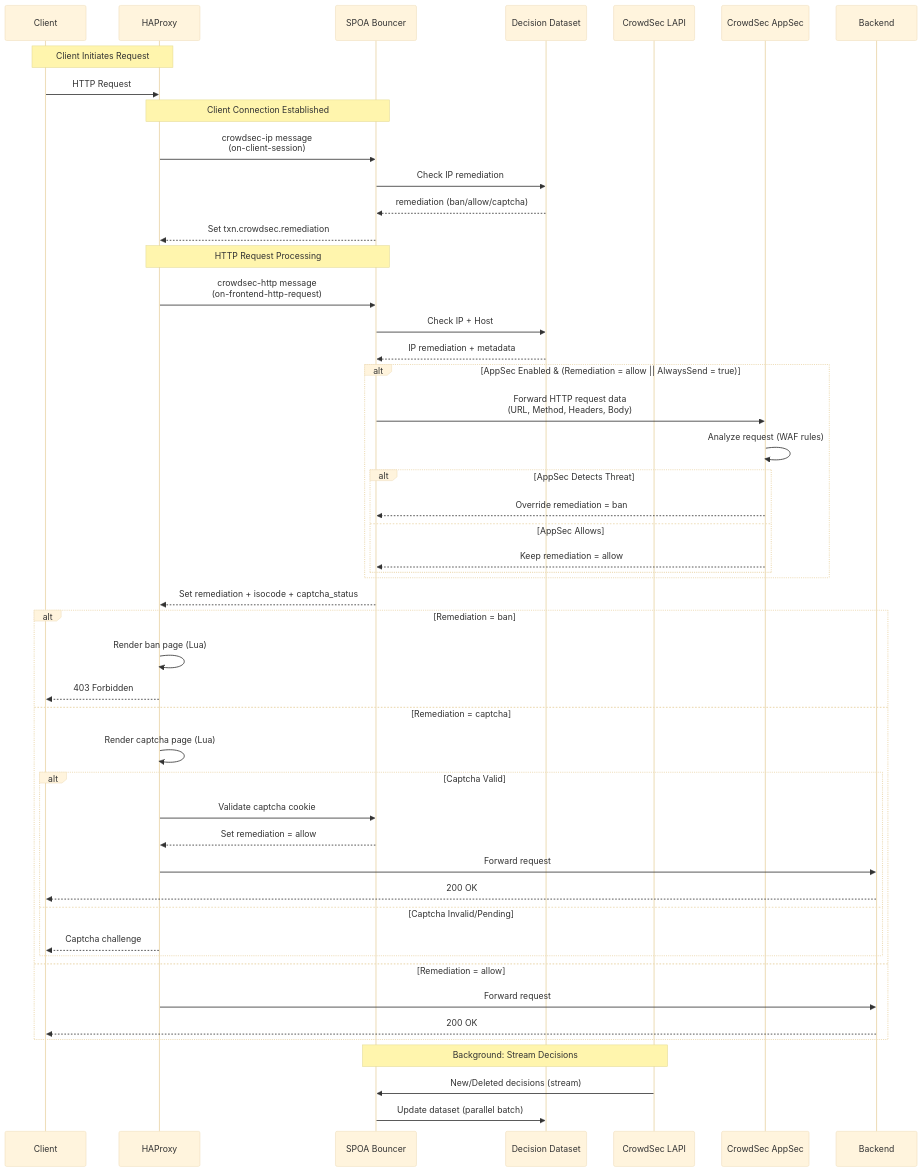
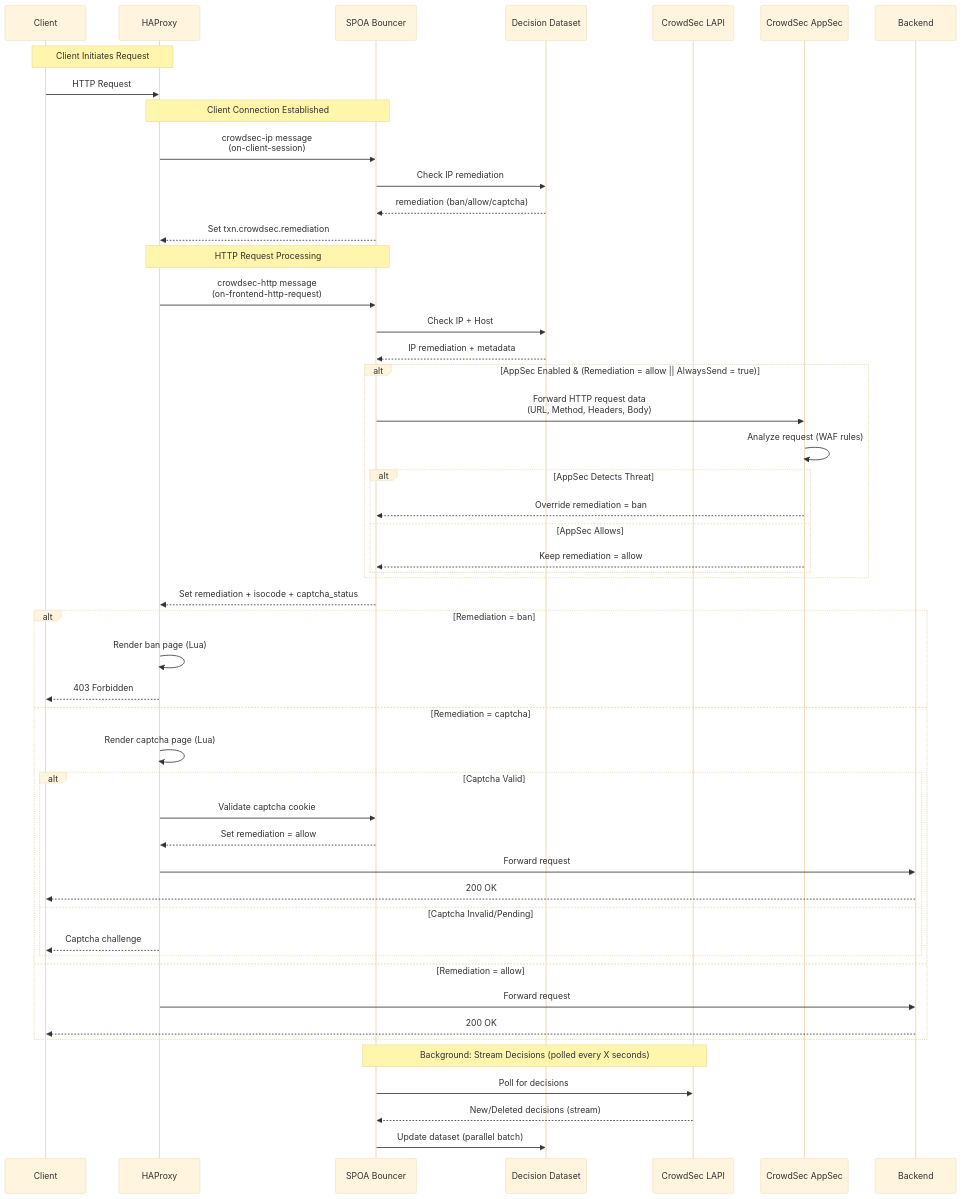
Before and after one commit to crowdsecurity/cs-haproxy-spoa-bouncer: the diagram in README.md, drawn with Mermaid (base theme).

Commit message:
docs: clarify SPOA polling mechanism in flow diagram
- Show SPOA actively polling LAPI every X seconds
- Update note to reflect polling behavior

````diff
--- a/README.md
+++ b/README.md
@@ -22,58 +22,59 @@
 ```mermaid
 sequenceDiagram
     participant Client
     participant HAProxy
     participant SPOA as SPOA Bouncer
     participant Dataset as Decision Dataset
     participant CrowdSec as CrowdSec LAPI
     participant AppSec as CrowdSec AppSec
     participant Backend
 
     Note over Client,HAProxy: Client Initiates Request
     Client->>HAProxy: HTTP Request
     
     Note over HAProxy,SPOA: Client Connection Established
     HAProxy->>SPOA: crowdsec-ip message<br/>(on-client-session)
     SPOA->>Dataset: Check IP remediation
     Dataset-->>SPOA: remediation (ban/allow/captcha)
     SPOA-->>HAProxy: Set txn.crowdsec.remediation
     
     Note over HAProxy,SPOA: HTTP Request Processing
     HAProxy->>SPOA: crowdsec-http message<br/>(on-frontend-http-request)
     SPOA->>Dataset: Check IP + Host
     Dataset-->>SPOA: IP remediation + metadata
     
     alt AppSec Enabled & (Remediation = allow || AlwaysSend = true)
         SPOA->>AppSec: Forward HTTP request data<br/>(URL, Method, Headers, Body)
         AppSec->>AppSec: Analyze request (WAF rules)
         alt AppSec Detects Threat
             AppSec-->>SPOA: Override remediation = ban
         else AppSec Allows
             AppSec-->>SPOA: Keep remediation = allow
         end
     end
     
     SPOA-->>HAProxy: Set remediation + isocode + captcha_status
     
     alt Remediation = ban
         HAProxy->>HAProxy: Render ban page (Lua)
         HAProxy-->>Client: 403 Forbidden
     else Remediation = captcha
         HAProxy->>HAProxy: Render captcha page (Lua)
         alt Captcha Valid
             HAProxy->>SPOA: Validate captcha cookie
             SPOA-->>HAProxy: Set remediation = allow
             HAProxy->>Backend: Forward request
             Backend-->>Client: 200 OK
         else Captcha Invalid/Pending
             HAProxy-->>Client: Captcha challenge
         end
     else Remediation = allow
         HAProxy->>Backend: Forward request
         Backend-->>Client: 200 OK
     end
     
-    Note over SPOA,CrowdSec: Background: Stream Decisions
-    CrowdSec->>SPOA: New/Deleted decisions (stream)
+    Note over SPOA,CrowdSec: Background: Stream Decisions (polled every X seconds)
+    SPOA->>CrowdSec: Poll for decisions
+    CrowdSec-->>SPOA: New/Deleted decisions (stream)
     SPOA->>Dataset: Update dataset (parallel batch)
 ```
````
